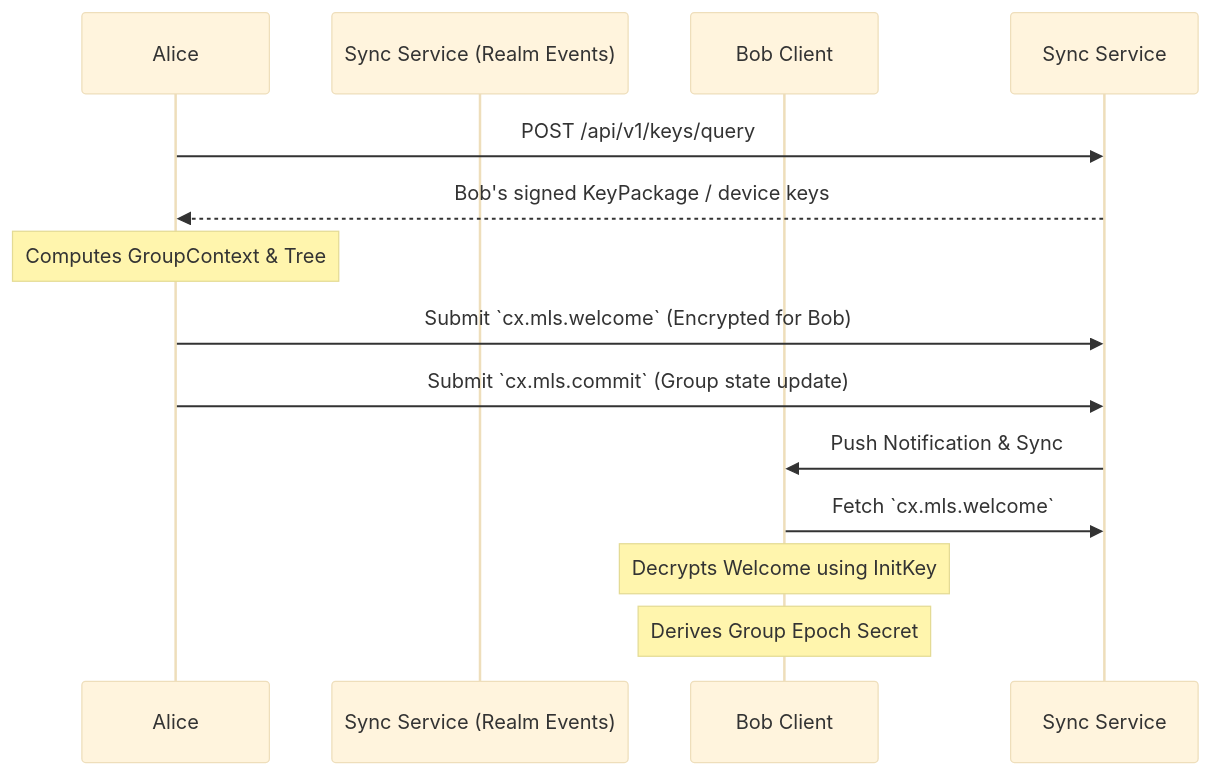
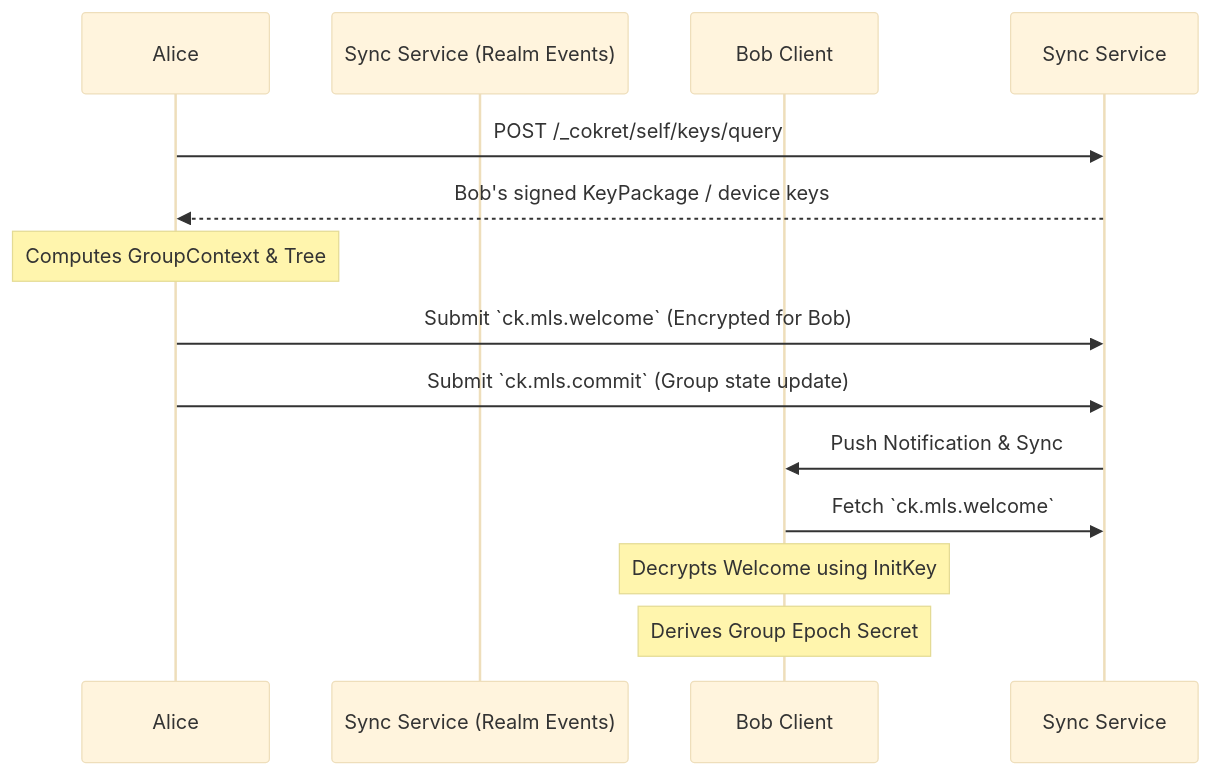
The first of 2 diagrams in spec/v1/zh/crypto-media/encryption-and-audit.md (arkret-org/arkret-spec), drawn with Mermaid (base theme) before and after one commit. The commit also changed other lines of this file and 197 other files, not shown here.

````diff
--- a/spec/v1/zh/crypto-media/encryption-and-audit.md
+++ b/spec/v1/zh/crypto-media/encryption-and-audit.md
@@ -37,20 +37,20 @@
 ```mermaid
 sequenceDiagram
     participant Alice
     participant Sync Service (Realm Events)
     participant BobClient as Bob Client
 
-    Alice->>Sync Service: POST /api/v1/keys/query
+    Alice->>Sync Service: POST /_cokret/self/keys/query
     Sync Service-->>Alice: Bob's signed KeyPackage / device keys
     
     note over Alice: Computes GroupContext & Tree
     
-    Alice->>Sync Service: Submit `cx.mls.welcome` (Encrypted for Bob)
-    Alice->>Sync Service: Submit `cx.mls.commit` (Group state update)
+    Alice->>Sync Service: Submit `ck.mls.welcome` (Encrypted for Bob)
+    Alice->>Sync Service: Submit `ck.mls.commit` (Group state update)
     
     Sync Service->>BobClient: Push Notification & Sync
     
-    BobClient->>Sync Service: Fetch `cx.mls.welcome`
+    BobClient->>Sync Service: Fetch `ck.mls.welcome`
     note over BobClient: Decrypts Welcome using InitKey
     note over BobClient: Derives Group Epoch Secret
 ```
````
